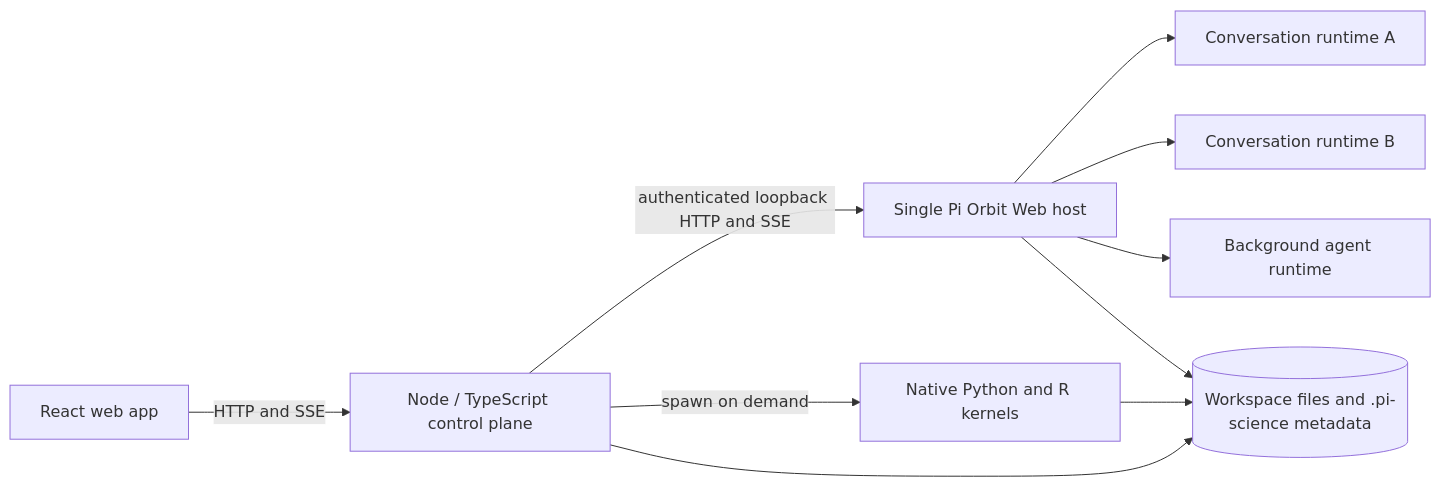
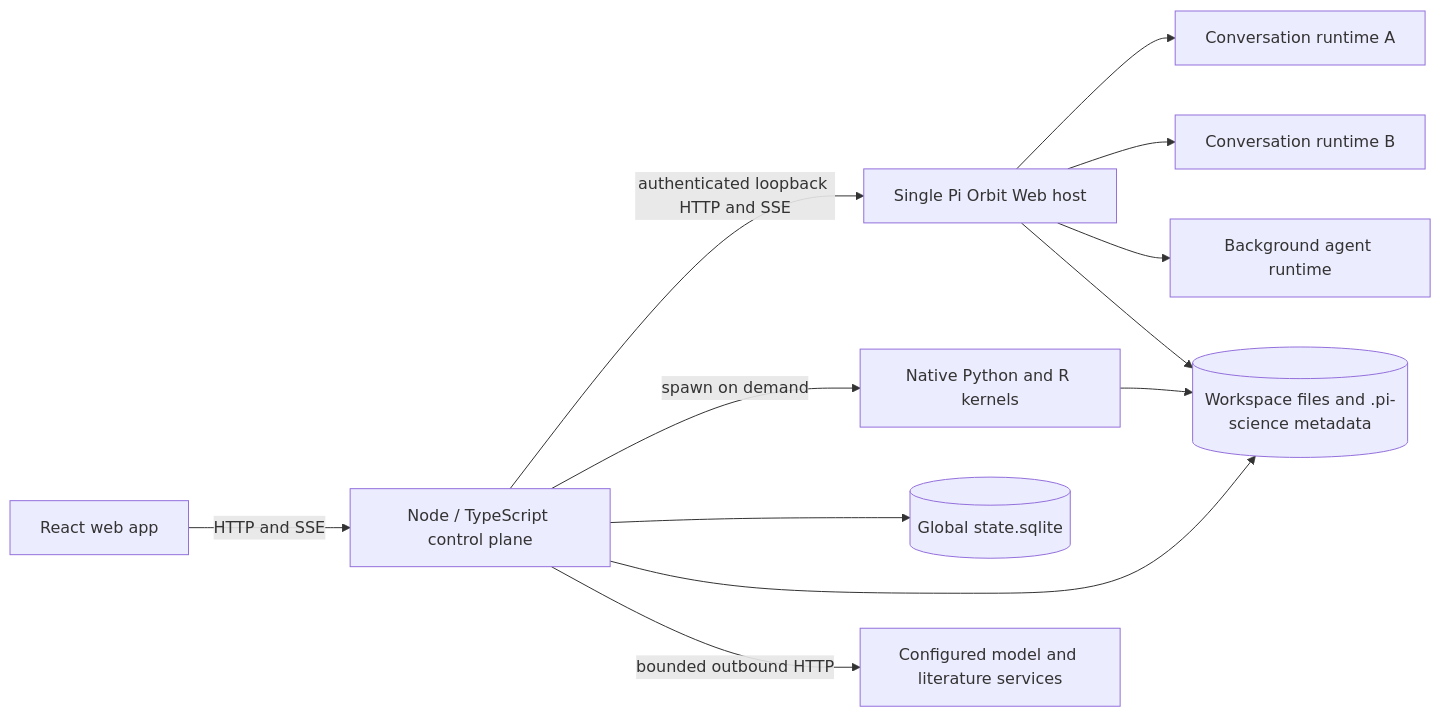
One commit to Garhorne0813/pi-science changed the first of 2 diagrams in docs/architecture.md. Above: the diagram before and after it, drawn with Mermaid. The commit also changed other lines of this file and 6 other files, not shown here.

Commit message:
docs: align architecture and upgrade Pi Orbit to 0.3.0

````diff
--- a/docs/architecture.md
+++ b/docs/architecture.md
@@ -11,12 +11,14 @@
 ```mermaid
 flowchart LR
     UI[React web app] -->|HTTP and SSE| CP[Node / TypeScript control plane]
     CP -->|authenticated loopback HTTP and SSE| PH[Single Pi Orbit Web host]
     PH --> R1[Conversation runtime A]
     PH --> R2[Conversation runtime B]
     PH --> RN[Background agent runtime]
     CP -->|spawn on demand| K[Native Python and R kernels]
+    CP --> DB[(Global state.sqlite)]
     CP --> WS[(Workspace files and .pi-science metadata)]
+    CP -->|bounded outbound HTTP| EXT[Configured model and literature services]
     PH --> WS
     K --> WS
 ```
````
